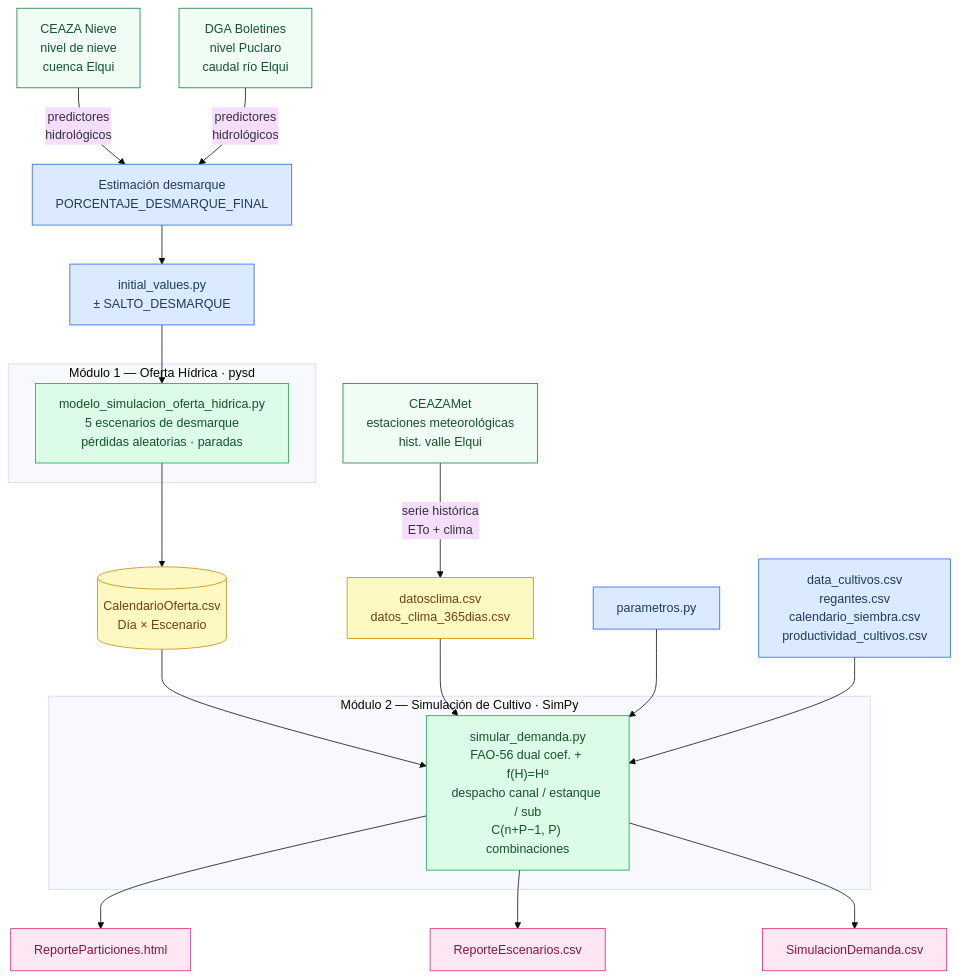
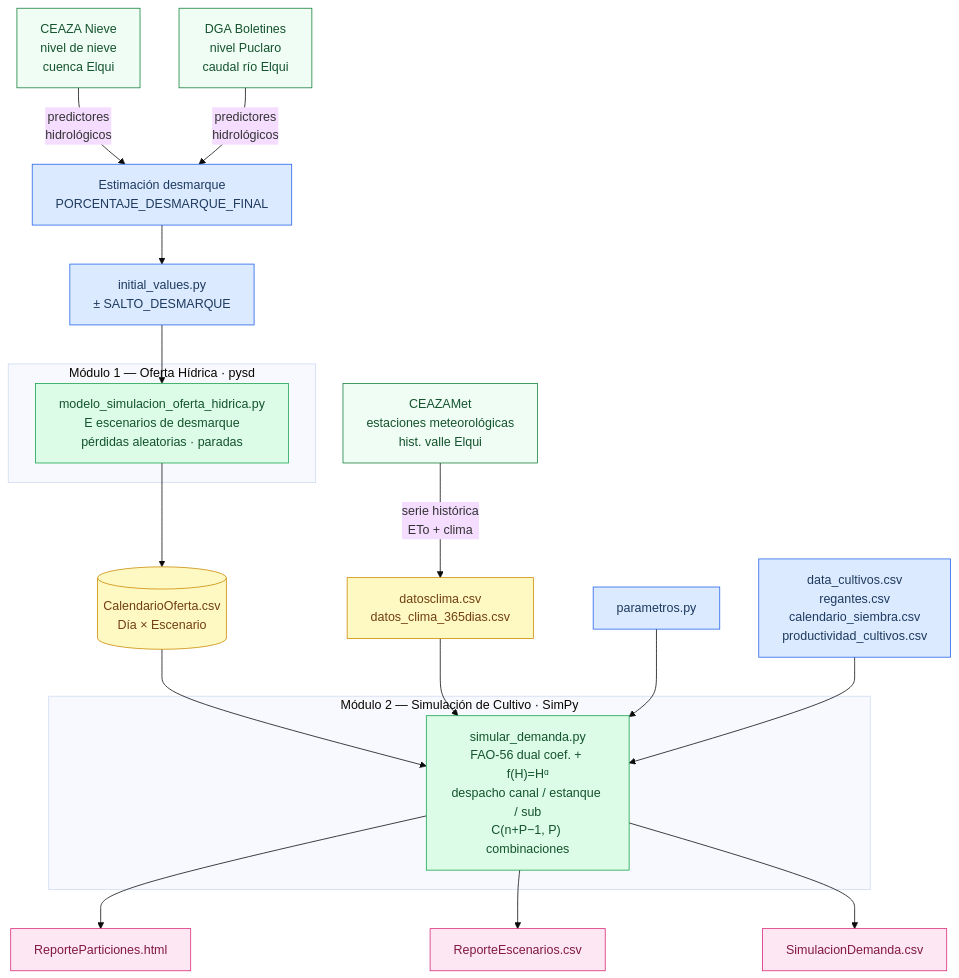
Before and after one commit to toniesky/Simulaci-n-multiparadigma-cultivo: the fourth of 4 diagrams in README.md, drawn with Mermaid (base theme). The commit also changed other lines of this file, not shown here.

Commit message:
docs: E escenarios en todo el doc + §4.7 formatos CSV de entrada módulo 2

````diff
--- a/README.md
+++ b/README.md
@@ -505,45 +563,45 @@
 ```mermaid
 flowchart TD
     classDef src  fill:#f0fdf4,stroke:#15803d,color:#14532d
     classDef cfg  fill:#dbeafe,stroke:#2563eb,color:#1e3a5f
     classDef proc fill:#dcfce7,stroke:#16a34a,color:#14532d
     classDef data fill:#fef9c3,stroke:#ca8a04,color:#713f12
     classDef out  fill:#fce7f3,stroke:#db2777,color:#831843
 
     %% ── Fuentes de datos externas ──────────────────────────
     CEAZAMET["CEAZAMet\nestaciones meteorológicas\nhist. valle Elqui"]:::src
     NIEVE["CEAZA Nieve\nnivel de nieve\ncuenca Elqui"]:::src
     DGA["DGA Boletines\nnivel Puclaro\ncaudal río Elqui"]:::src
 
     %% ── Preparación de entradas ─────────────────────────────
     CEAZAMET -->|"serie histórica\nETo + clima"| CLIMA["datosclima.csv\ndatos_clima_365dias.csv"]:::data
     NIEVE    -->|"predictores\nhidrológicos"| EST["Estimación desmarque\nPORCENTAJE_DESMARQUE_FINAL"]:::cfg
     DGA      -->|"predictores\nhidrológicos"| EST
 
     %% ── Módulo 1: Oferta Hídrica ────────────────────────────
     EST --> IV["initial_values.py\n± SALTO_DESMARQUE"]:::cfg
 
     subgraph MOH["Módulo 1 — Oferta Hídrica · pysd"]
-        MSA["modelo_simulacion_oferta_hidrica.py\n5 escenarios de desmarque\npérdidas aleatorias · paradas"]:::proc
+        MSA["modelo_simulacion_oferta_hidrica.py\nE escenarios de desmarque\npérdidas aleatorias · paradas"]:::proc
     end
 
     IV --> MSA
     MSA --> CO[("CalendarioOferta.csv\nDía × Escenario")]:::data
 
     %% ── Módulo 2: Simulación de Cultivo ─────────────────────
     PAR["parametros.py"]:::cfg
     INP["data_cultivos.csv\nregantes.csv\ncalendario_siembra.csv\nproductividad_cultivos.csv"]:::cfg
 
     subgraph MSC["Módulo 2 — Simulación de Cultivo · SimPy"]
         SIM["simular_demanda.py\nFAO-56 dual coef. + f(H)=Hᵅ\ndespacho canal / estanque / sub\nC(n+P−1, P) combinaciones"]:::proc
     end
 
     CO    --> SIM
     CLIMA --> SIM
     PAR   --> SIM
     INP   --> SIM
 
     SIM --> HTML["ReporteParticiones.html"]:::out
     SIM --> R1["ReporteEscenarios.csv"]:::out
     SIM --> R2["SimulacionDemanda.csv"]:::out
 ```
````
